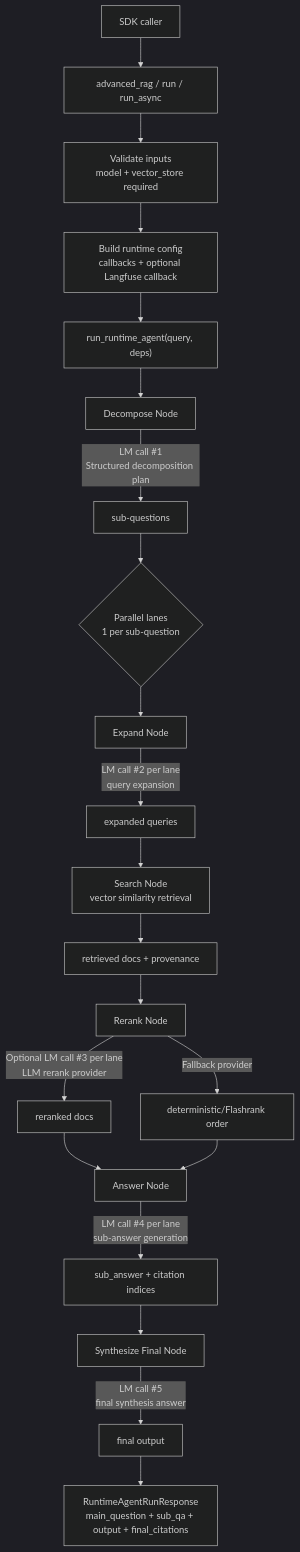
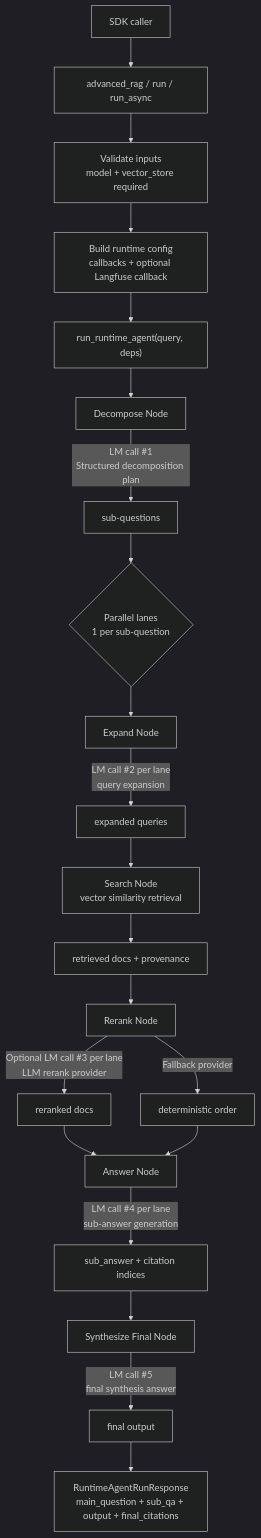
Before and after one commit to Nickbohm555/agent-search: the diagram in README.md, drawn with Mermaid (dark theme). The commit also changed 17 other files, not shown here.

````diff
--- a/README.md
+++ b/README.md
@@ -11,24 +11,24 @@
 ```mermaid
 flowchart TD
     A["SDK caller"] --> B["advanced_rag / run / run_async"]
     B --> C["Validate inputs<br/>model + vector_store required"]
     C --> D["Build runtime config<br/>callbacks + optional Langfuse callback"]
     D --> E["run_runtime_agent(query, deps)"]
     E --> F["Decompose Node"]
     F -->|LM call #1<br/>Structured decomposition plan| G["sub-questions"]
 
     G --> H{"Parallel lanes<br/>1 per sub-question"}
     H --> I["Expand Node"]
     I -->|LM call #2 per lane<br/>query expansion| J["expanded queries"]
     J --> K["Search Node<br/>vector similarity retrieval"]
     K --> L["retrieved docs + provenance"]
     L --> M["Rerank Node"]
     M -->|Optional LM call #3 per lane<br/>LLM rerank provider| N["reranked docs"]
-    M -->|Fallback provider| O["deterministic/Flashrank order"]
+    M -->|Fallback provider| O["deterministic order"]
     N --> P["Answer Node"]
     O --> P
     P -->|LM call #4 per lane<br/>sub-answer generation| Q["sub_answer + citation indices"]
     Q --> R["Synthesize Final Node"]
     R -->|LM call #5<br/>final synthesis answer| S["final output"]
     S --> T["RuntimeAgentRunResponse<br/>main_question + sub_qa + output + final_citations"]
 ```
````
